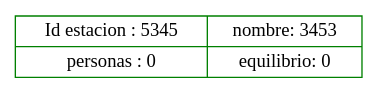
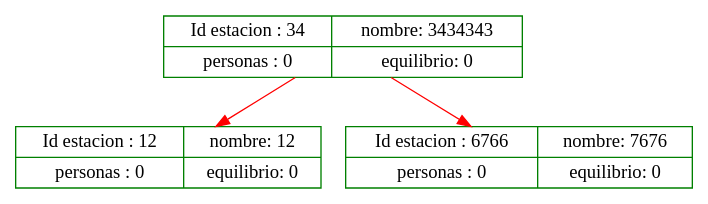
Before and after one commit to raul200920117/Proyecto1s22015_200920117: the diagram in web/images/AVLclave.dot, drawn with Graphviz. The commit also changed 8 other files, not shown here.

```diff
--- a/web/images/AVLclave.dot
+++ b/web/images/AVLclave.dot
@@ -1,5 +1,9 @@
 digraph g { 
-nod5345 [shape=record ,color="green", label= " { Id estacion : 5345 |  personas : 0 } | { nombre: 3453| equilibrio: 0 }  "] ; 
+nod12 [shape=record ,color="green", label= " { Id estacion : 12 |  personas : 0 } | { nombre: 12| equilibrio: 0 }  "] ; 
+nod34 [shape=record ,color="green", label= " { Id estacion : 34 |  personas : 0 } | { nombre: 3434343| equilibrio: 0 }  "] ; 
+nod6766 [shape=record ,color="green", label= " { Id estacion : 6766 |  personas : 0 } | { nombre: 7676| equilibrio: 0 }  "] ; 
 
+nod34 -> nod12 [color = red] ; 
+nod34 -> nod6766 [color = red] ; 
 
 } 
```
